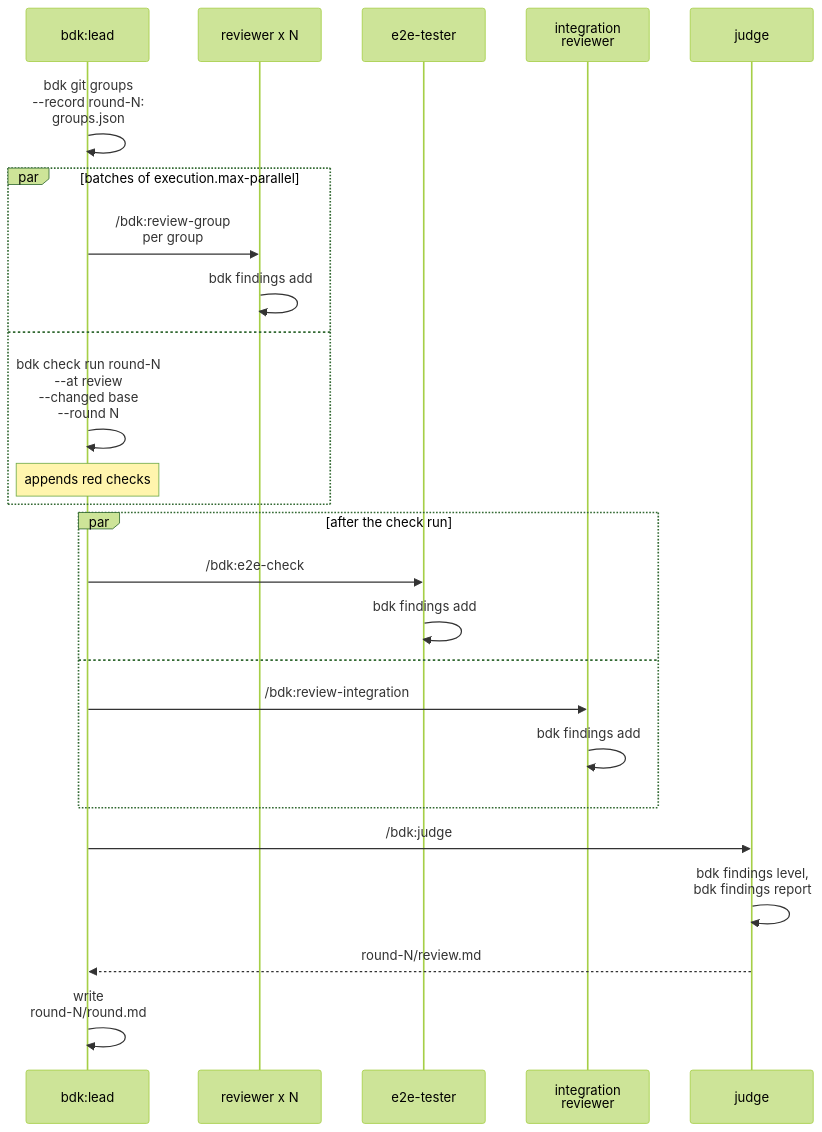
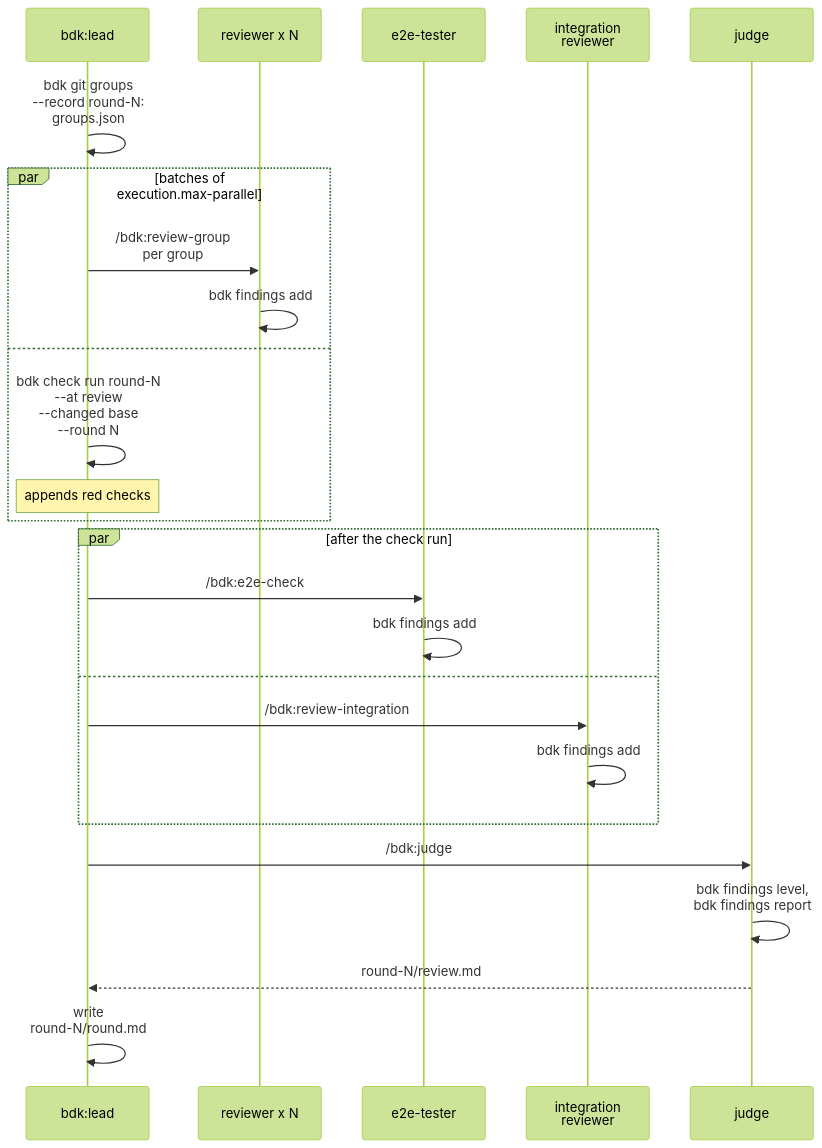
Before and after one commit to broneq/bdk: diagram 11 of 16 in docs/concepts/orchestrators.md, drawn with Mermaid (forest theme). The commit also changed 12 other files, not shown here.

First line of the commit message:
fix(docs): keep Mermaid edge and block labels on their author's lines

````diff
--- a/docs/concepts/orchestrators.md
+++ b/docs/concepts/orchestrators.md
@@ -255,27 +255,27 @@
 ```mermaid
 sequenceDiagram
   participant L as bdk:lead
   participant R as reviewer x N
   participant E as e2e-tester
   participant I as integration<br/>reviewer
   participant J as judge
   L->>L: bdk git groups<br/>--record round-N:<br/>groups.json
-  par batches of execution.max-parallel
+  par batches of<br/>execution.max-parallel
     L->>R: /bdk:review-group<br/>per group
     R->>R: bdk findings add
   and
     L->>L: bdk check run round-N<br/>--at review<br/>--changed base<br/>--round N
     Note over L: appends red checks
   end
   par after the check run
     L->>E: /bdk:e2e-check
     E->>E: bdk findings add
   and
     L->>I: /bdk:review-integration
     I->>I: bdk findings add
   end
   L->>J: /bdk:judge
   J->>J: bdk findings level,<br/>bdk findings report
   J-->>L: round-N/review.md
   L->>L: write<br/>round-N/round.md
 ```
````
